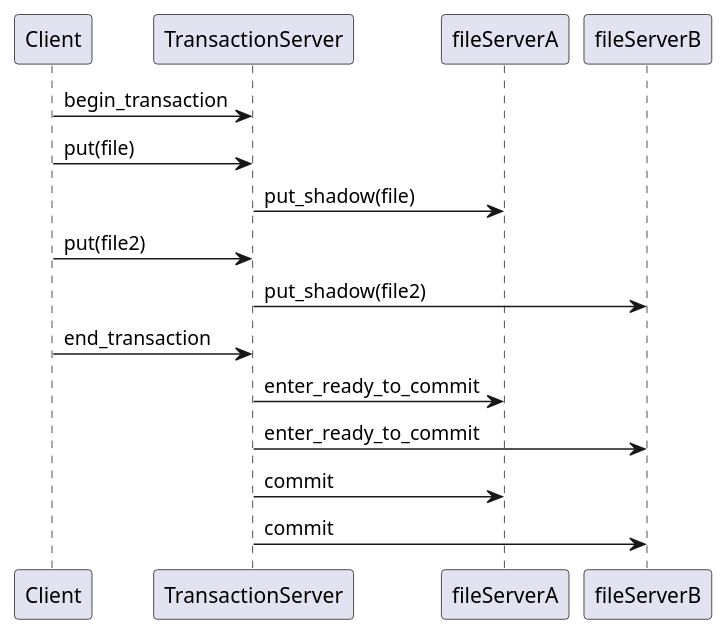
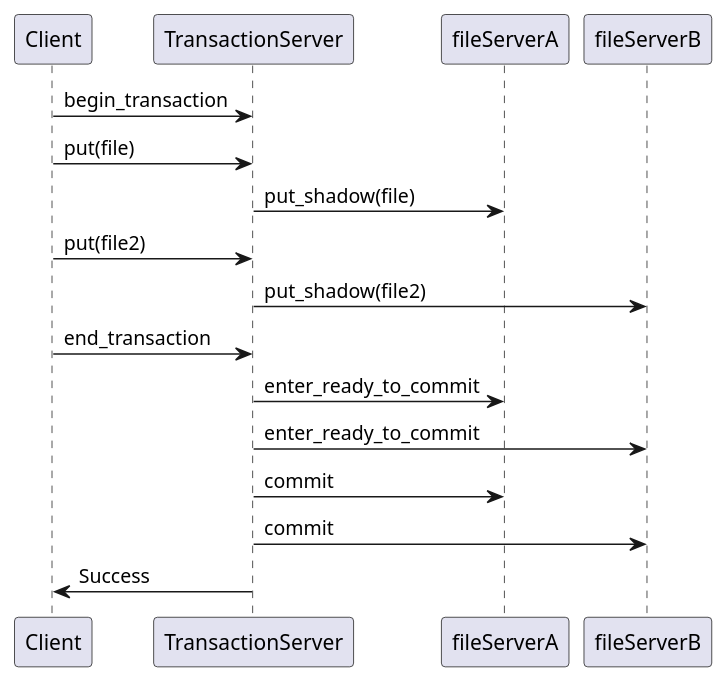
The fifth of 5 diagrams in report/diagrams.org (KillianDavitt/CS4032-DistributedFileSystem), drawn with PlantUML before and after one commit. The commit also changed 1 other file, not shown here.

Commit message:
Updated diagram

```diff
--- a/report/diagrams.org
+++ b/report/diagrams.org
@@ -57,13 +57,14 @@
 #+BEGIN_SRC plantuml :file transactions.png
 Client -> TransactionServer: begin_transaction
 Client -> TransactionServer: put(file)
 TransactionServer -> fileServerA: put_shadow(file)
 Client -> TransactionServer: put(file2)
 TransactionServer -> fileServerB: put_shadow(file2)
 Client -> TransactionServer: end_transaction
 TransactionServer -> fileServerA: enter_ready_to_commit
 TransactionServer -> fileServerB: enter_ready_to_commit
 TransactionServer -> fileServerA: commit
 TransactionServer -> fileServerB: commit
+TransactionServer -> Client: Success
  
 #+END_SRC
```
